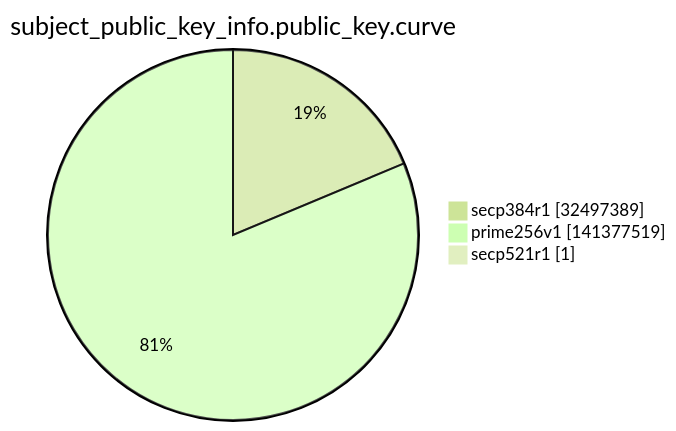
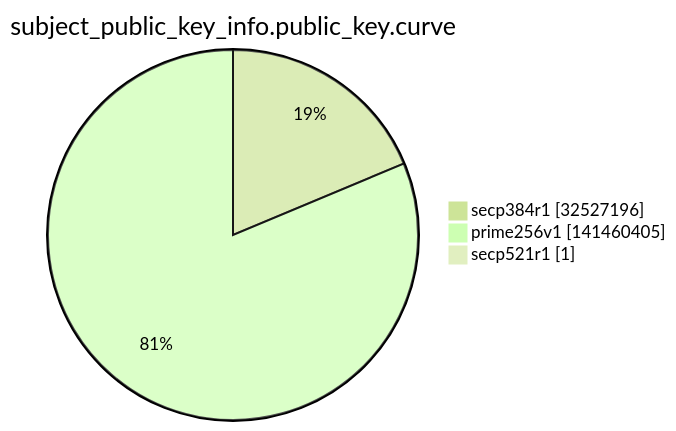
The ninth of 15 diagrams in argon2022/README.md (christiankrug/ctmonitor_visualization), drawn with Mermaid (forest theme) before and after one commit. The commit also changed other lines of this file, not shown here.

````diff
--- a/argon2022/README.md
+++ b/argon2022/README.md
@@ -2763,7 +2763,7 @@
 ```mermaid
 pie showData
 title subject_public_key_info.public_key.curve
-"secp384r1" :32497389
-"prime256v1" :141377519
+"secp384r1" :32527196
+"prime256v1" :141460405
 "secp521r1" :1
 ```
````
